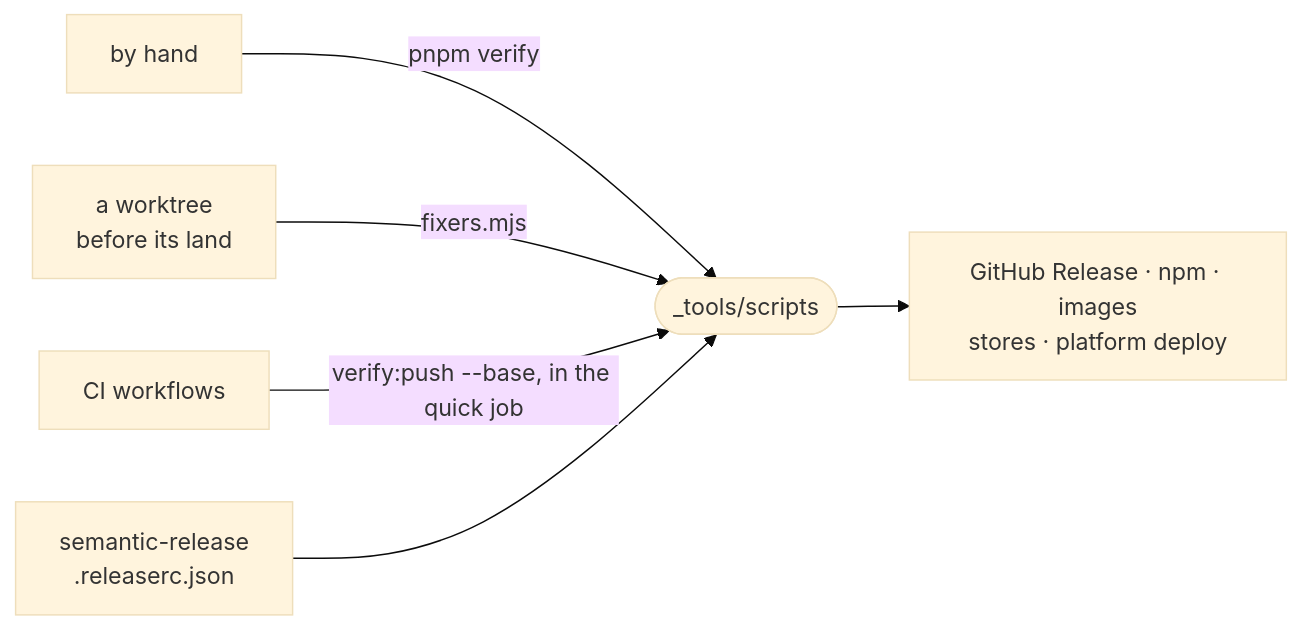
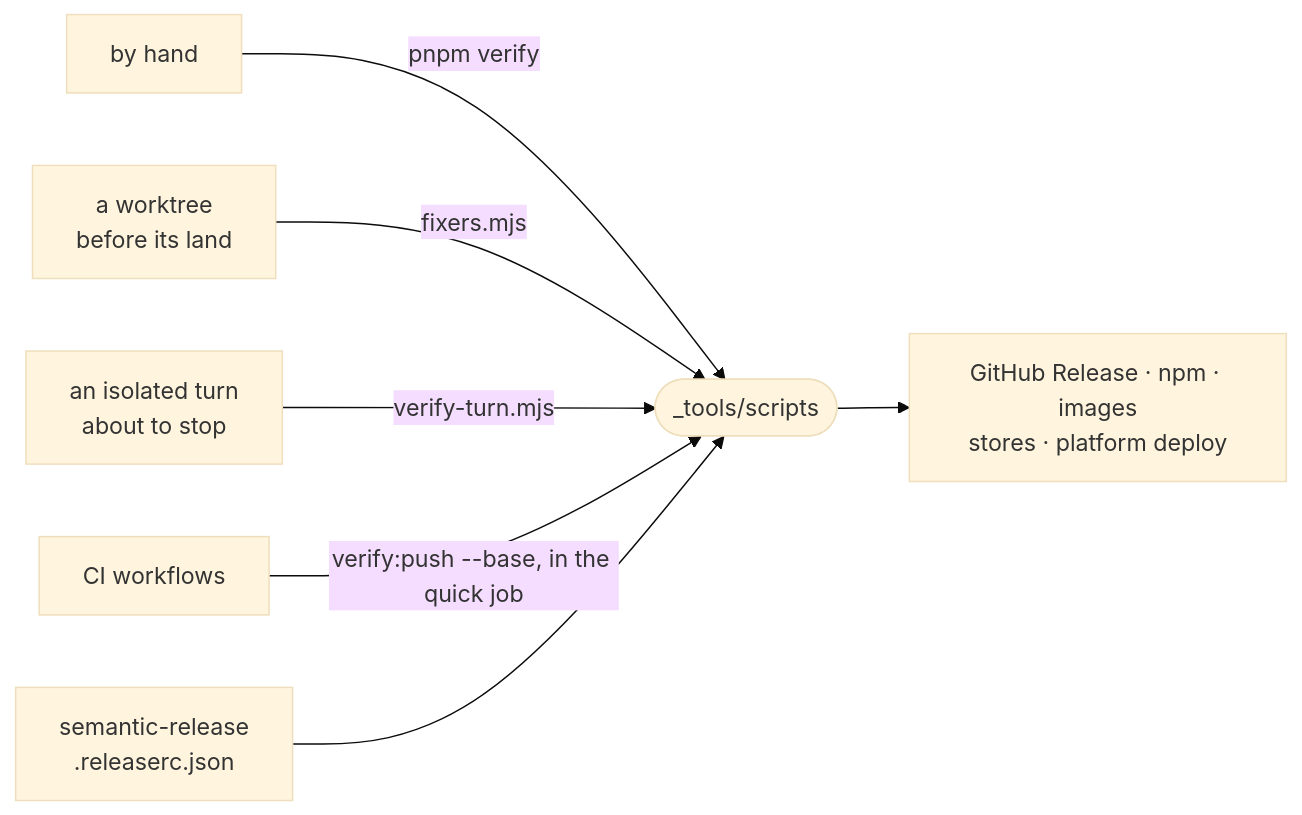
The diagram in _tools/scripts/README.md (intentic/intentic), drawn with Mermaid (base theme) before and after one commit. The commit also changed other lines of this file and 66 other files, not shown here.

First line of the commit message:
feat(ci): add verify-turn to check agent work at the end of every turn

````diff
--- a/_tools/scripts/README.md
+++ b/_tools/scripts/README.md
@@ -5,8 +5,9 @@
 ```mermaid
 flowchart LR
     hand["by hand"] -->|"pnpm verify"| scripts(["_tools/scripts"])
     worktree["a worktree<br/>before its land"] -->|"fixers.mjs"| scripts
+    turn["an isolated turn<br/>about to stop"] -->|"verify-turn.mjs"| scripts
     ci["CI workflows"] -->|"verify:push --base, in the quick job"| scripts
     semrel["semantic-release<br/>.releaserc.json"] --> scripts
     scripts --> out["GitHub Release · npm · images<br/>stores · platform deploy"]
 ```
````
